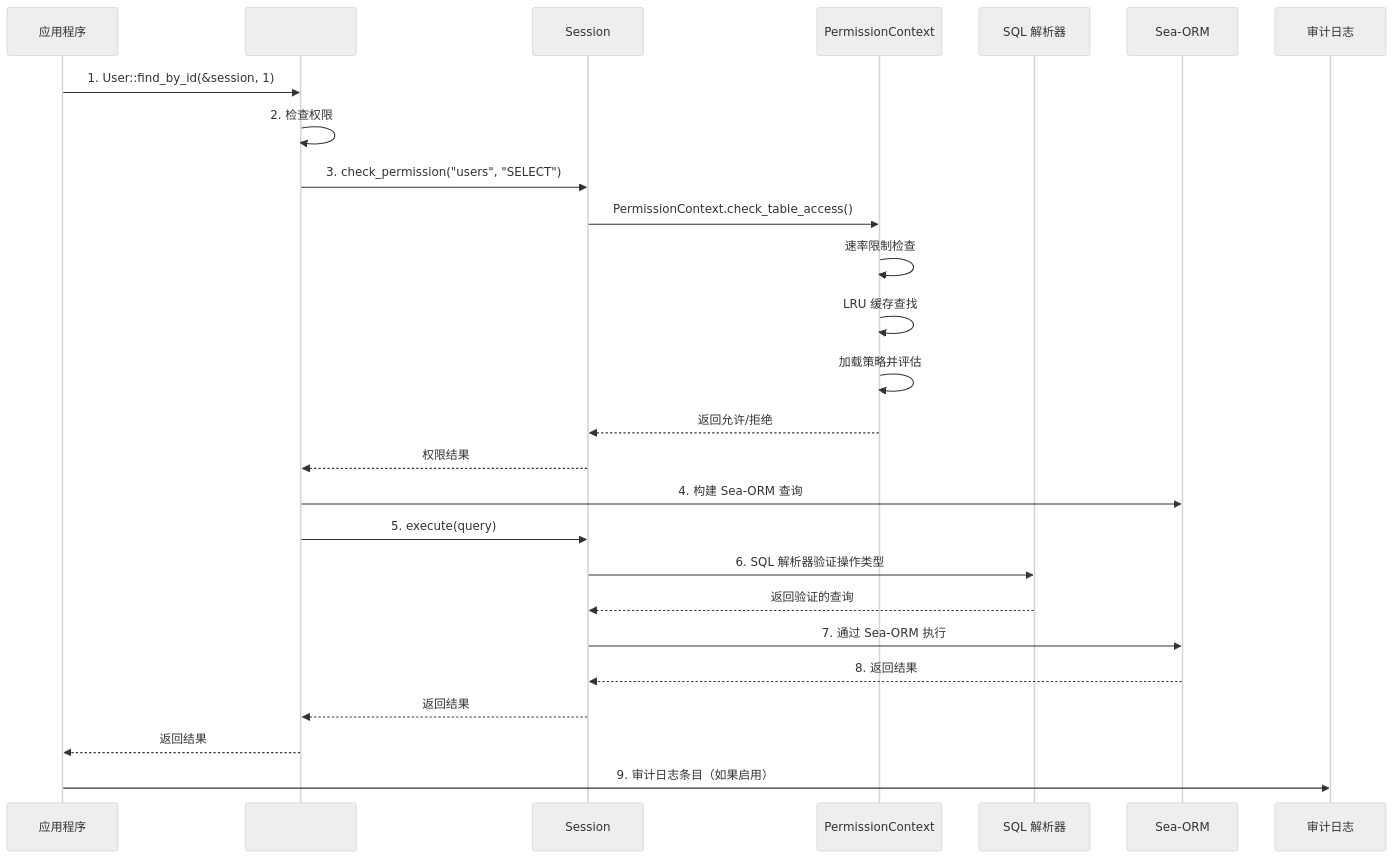
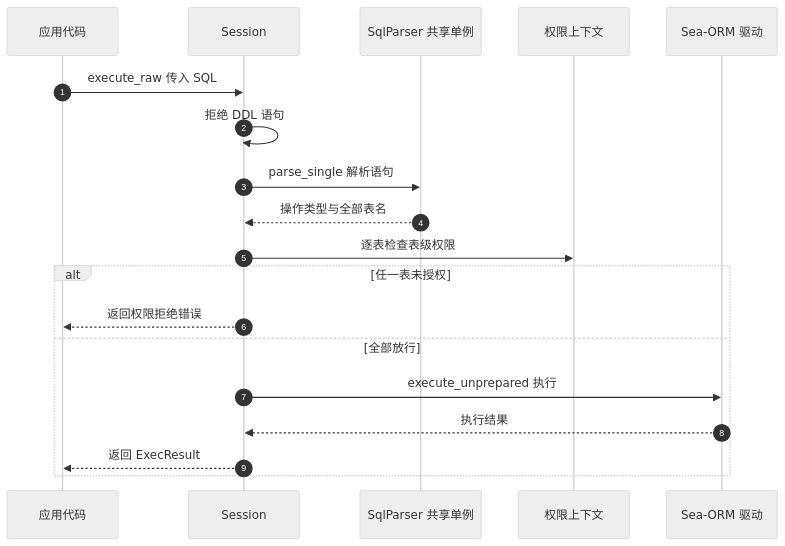
Before and after one commit to Kirky-X/dbnexus: the second of 7 diagrams in docs/ARCHITECTURE.md, drawn with Mermaid (neutral theme). The commit also changed other lines of this file and 7 other files, not shown here.

Commit message:
docs(dbnexus): docs 文档套件统一优化 — emoji 化 h2 与折叠目录、文档间交叉链接网络、架构/数据流 mermaid 图、结构化内容表格化、清除内部任务追踪引用；失真内容对照 src/ 源码修正，基准数字与安全承诺口径原样保留

````diff
--- a/docs/ARCHITECTURE.md
+++ b/docs/ARCHITECTURE.md
@@ -428,34 +295,22 @@
 ```mermaid
 sequenceDiagram
-    participant App as 应用程序
-    participant CRUD as #[db_entity]
-    participant Session as Session
-    participant PermCtx as PermissionContext
-    participant Parser as SQL 解析器
-    participant SeaORM as Sea-ORM
-    participant Audit as 审计日志
+    autonumber
+    participant App as 应用代码
+    participant Sess as Session
+    participant Parser as SqlParser 共享单例
+    participant Perm as 权限上下文
+    participant DB as Sea-ORM 驱动
 
-    App->>CRUD: 1. User::find_by_id(&session, 1)
-    CRUD->>CRUD: 2. 检查权限
-    CRUD->>Session: 3. check_permission("users", "SELECT")
-
-    Session->>PermCtx: PermissionContext.check_table_access()
-    PermCtx->>PermCtx: 速率限制检查
-    PermCtx->>PermCtx: LRU 缓存查找
-    PermCtx->>PermCtx: 加载策略并评估
-    PermCtx-->>Session: 返回允许/拒绝
-
-    Session-->>CRUD: 权限结果
-    CRUD->>SeaORM: 4. 构建 Sea-ORM 查询
-    CRUD->>Session: 5. execute(query)
-
-    Session->>Parser: 6. SQL 解析器验证操作类型
-    Parser-->>Session: 返回验证的查询
-
-    Session->>SeaORM: 7. 通过 Sea-ORM 执行
-    SeaORM-->>Session: 8. 返回结果
-    Session-->>CRUD: 返回结果
-    CRUD-->>App: 返回结果
-
-    App->>Audit: 9. 审计日志条目（如果启用）
+    App->>Sess: execute_raw 传入 SQL
+    Sess->>Sess: 拒绝 DDL 语句
+    Sess->>Parser: parse_single 解析语句
+    Parser-->>Sess: 操作类型与全部表名
+    Sess->>Perm: 逐表检查表级权限
+    alt 任一表未授权
+        Sess-->>App: 返回权限拒绝错误
+    else 全部放行
+        Sess->>DB: execute_unprepared 执行
+        DB-->>Sess: 执行结果
+        Sess-->>App: 返回 ExecResult
+    end
 ```
````
